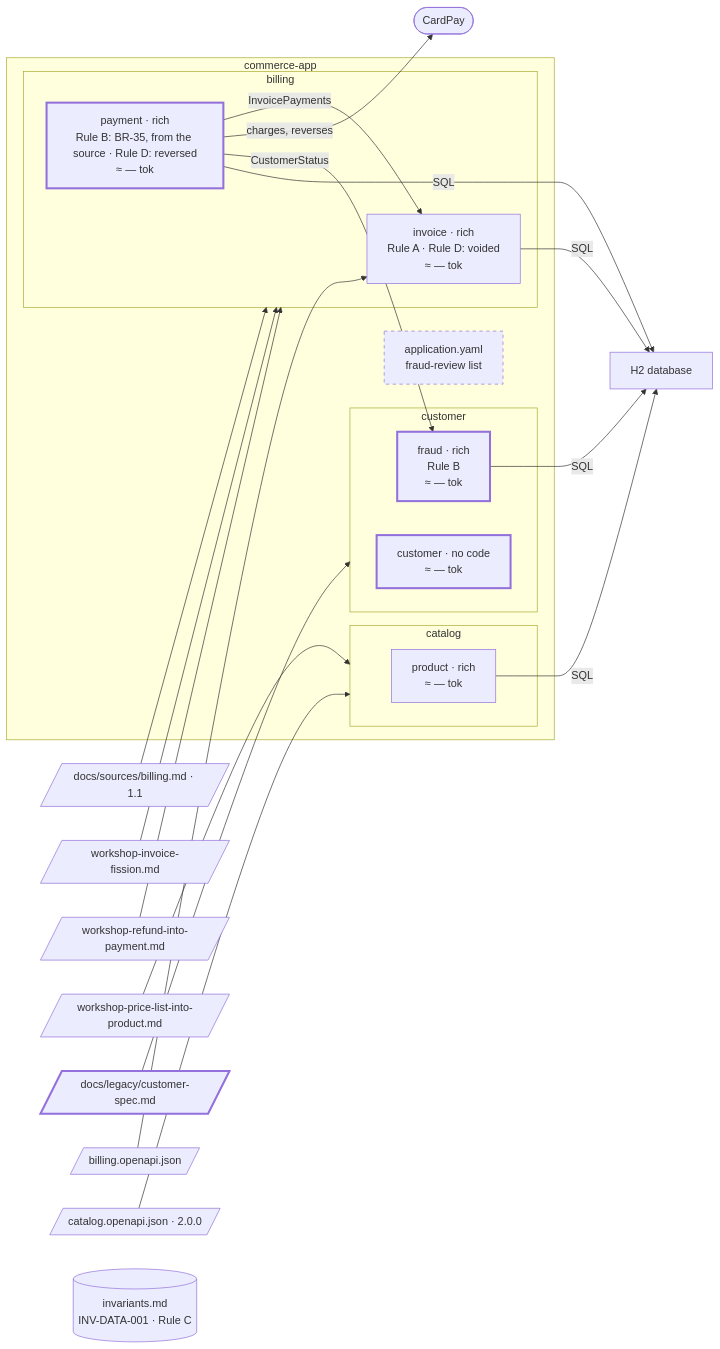
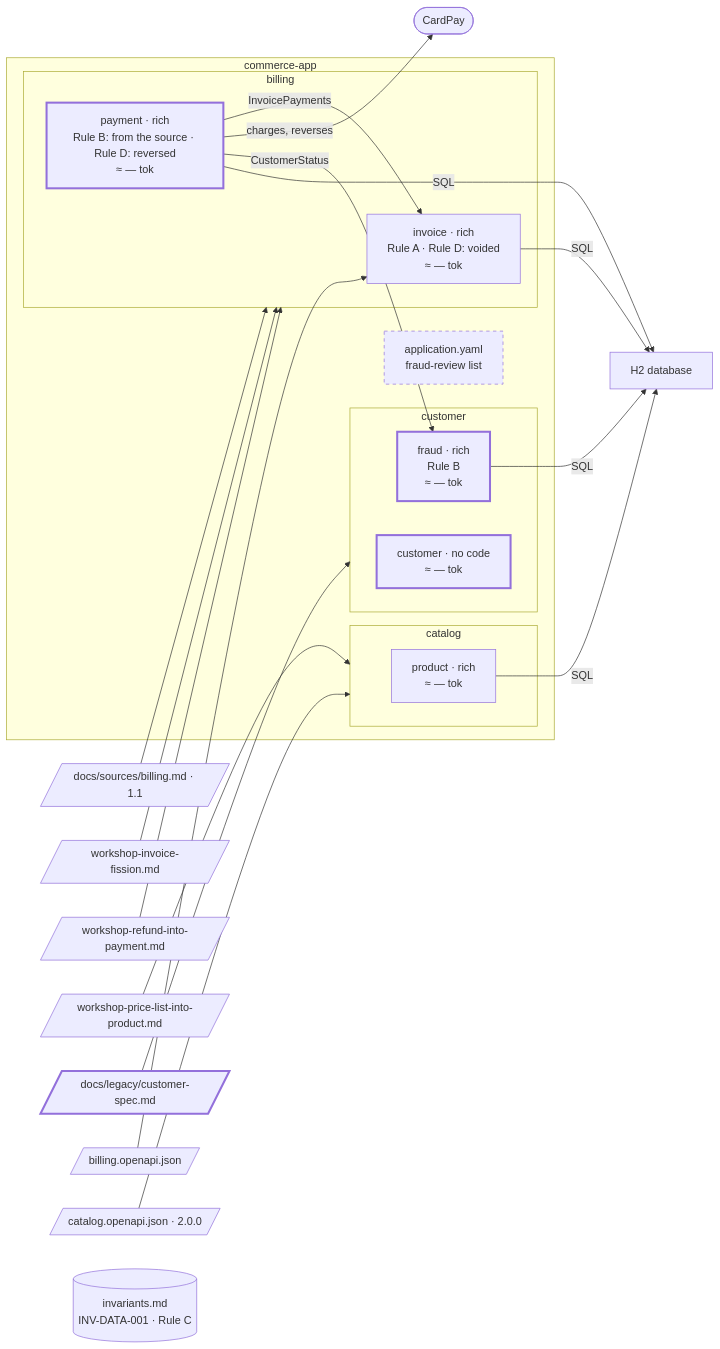
One commit to elie29/partition changed the diagram in docs/guides/a-project-step-by-step/16-takeover.md. Above: the diagram before and after it, drawn with Mermaid. The commit also changed other lines of this file and 24 other files, not shown here.

````diff
--- a/docs/guides/a-project-step-by-step/16-takeover.md
+++ b/docs/guides/a-project-step-by-step/16-takeover.md
@@ -80,44 +99,44 @@
 ```mermaid
 flowchart LR
   classDef new stroke-width:3px
   classDef gone stroke-dasharray:5 5
   src_billing[/"docs/sources/billing.md · 1.1"/]
   src_workshop[/"workshop-invoice-fission.md"/]
   src_workshop_refund[/"workshop-refund-into-payment.md"/]
   src_workshop_catalog[/"workshop-price-list-into-product.md"/]
   src_legacy[/"docs/legacy/customer-spec.md"/]:::new
   contract_billing[/"billing.openapi.json"/]
   contract_catalog[/"catalog.openapi.json · 2.0.0"/]
   register[("invariants.md<br/>INV-DATA-001 · Rule C")]
   subgraph app_commerce["commerce-app"]
     subgraph area_billing["billing"]
       invoice["invoice · rich<br/>Rule A · Rule D: voided<br/>≈ — tok"]
-      payment["payment · rich<br/>Rule B: BR-35, from the source · Rule D: reversed<br/>≈ — tok"]:::new
+      payment["payment · rich<br/>Rule B: from the source · Rule D: reversed<br/>≈ — tok"]:::new
     end
     subgraph area_catalog["catalog"]
       product["product · rich<br/>≈ — tok"]
     end
     subgraph area_customer["customer"]
       customer["customer · no code<br/>≈ — tok"]:::new
       fraud["fraud · rich<br/>Rule B<br/>≈ — tok"]:::new
     end
     class area_customer new
     yaml["application.yaml<br/>fraud-review list"]:::gone
   end
   db["H2 database"]
   cardpay(["CardPay"])
   src_billing --> area_billing
   src_workshop --> area_billing
   src_workshop_refund --> area_billing
   src_workshop_catalog --> area_catalog
   src_legacy --> area_customer
   contract_billing --> invoice
   contract_catalog --> area_catalog
   payment -- "InvoicePayments" --> invoice
   payment -- "charges, reverses" --> cardpay
   payment -- "CustomerStatus" --> fraud
   invoice -- "SQL" --> db
   payment -- "SQL" --> db
   product -- "SQL" --> db
   fraud -- "SQL" --> db
 ```
````
